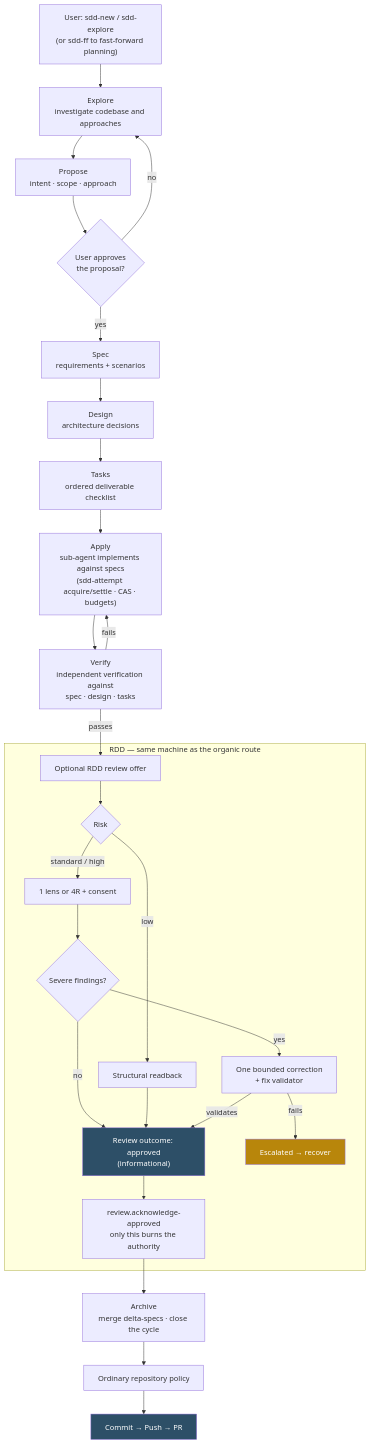
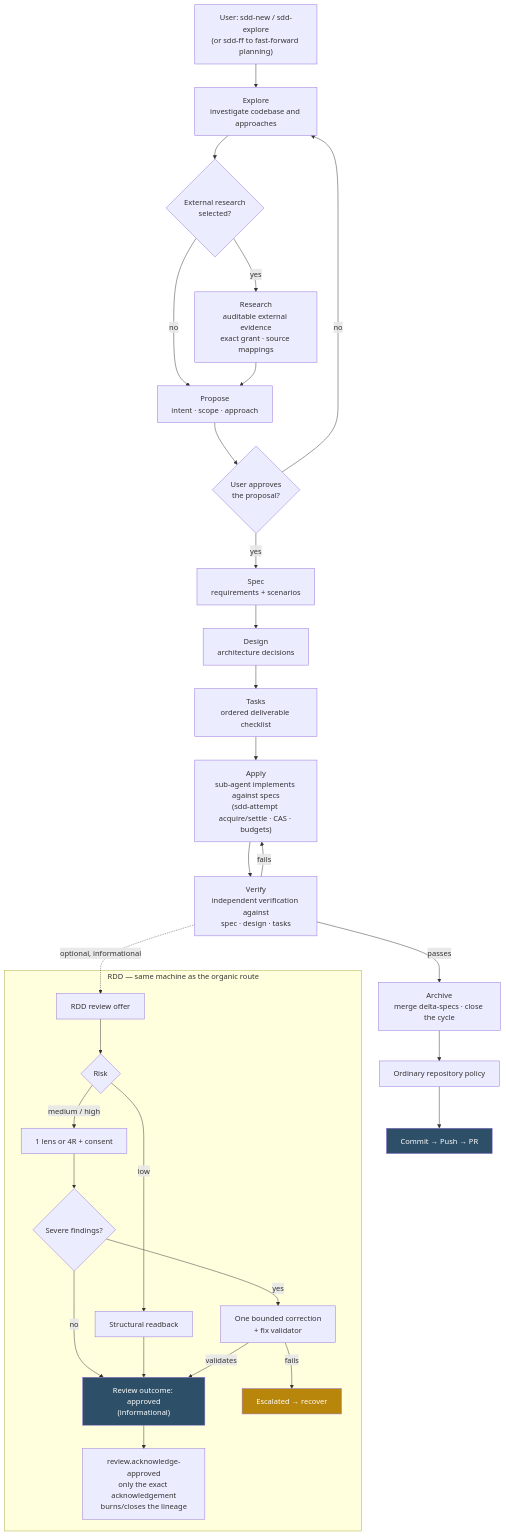
Before and after one commit to ElCaaarnal/gentle-ai: the first of 2 diagrams in README.md, drawn with Mermaid. The commit also changed other lines of this file, not shown here.

````diff
--- a/README.md
+++ b/README.md
@@ -227,35 +230,38 @@
 ```mermaid
 flowchart TD
     A["User: sdd-new / sdd-explore<br/>(or sdd-ff to fast-forward planning)"] --> B["Explore<br/>investigate codebase and approaches"]
-    B --> C["Propose<br/>intent · scope · approach"]
+    B --> BR{"External research<br/>selected?"}
+    BR -->|"yes"| BX["Research<br/>auditable external evidence<br/>exact grant · source mappings"]
+    BR -->|"no"| C["Propose<br/>intent · scope · approach"]
+    BX --> C
     C --> D{"User approves<br/>the proposal?"}
     D -->|"no"| B
     D -->|"yes"| E["Spec<br/>requirements + scenarios"]
     E --> F["Design<br/>architecture decisions"]
     F --> G["Tasks<br/>ordered deliverable checklist"]
     G --> H["Apply<br/>sub-agent implements against specs<br/>(sdd-attempt acquire/settle · CAS · budgets)"]
     H --> Q["Verify<br/>independent verification against<br/>spec · design · tasks"]
-        Q -->|"passes"| I["Optional RDD review offer"]
-        Q -->|"fails"| H
+    Q -->|"passes"| R["Archive<br/>merge delta-specs · close the cycle"]
+    Q -->|"fails"| H
+    Q -.->|"optional, informational"| I["RDD review offer"]
 
     subgraph RDD["RDD — same machine as the organic route"]
         I --> J{"Risk"}
         J -->|"low"| K["Structural readback"]
-        J -->|"standard / high"| L["1 lens or 4R + consent"]
+        J -->|"medium / high"| L["1 lens or 4R + consent"]
         L --> M{"Severe findings?"}
         M -->|"yes"| N["One bounded correction<br/>+ fix validator"]
         M -->|"no"| O["Review outcome: approved<br/>(informational)"]
         K --> O
         N -->|"validates"| O
         N -->|"fails"| P["Escalated → recover"]
-        O --> AK["review.acknowledge-approved<br/>only this burns the authority"]
+        O --> AK["review.acknowledge-approved<br/>only the exact acknowledgement<br/>burns/closes the lineage"]
     end
 
-    AK --> R["Archive<br/>merge delta-specs · close the cycle"]
     R --> S["Ordinary repository policy"]
     S --> T["Commit → Push → PR"]
 
     style O fill:#2D4F67,color:#fff
     style P fill:#B8860B,color:#fff
     style T fill:#2D4F67,color:#fff
 ```
````
